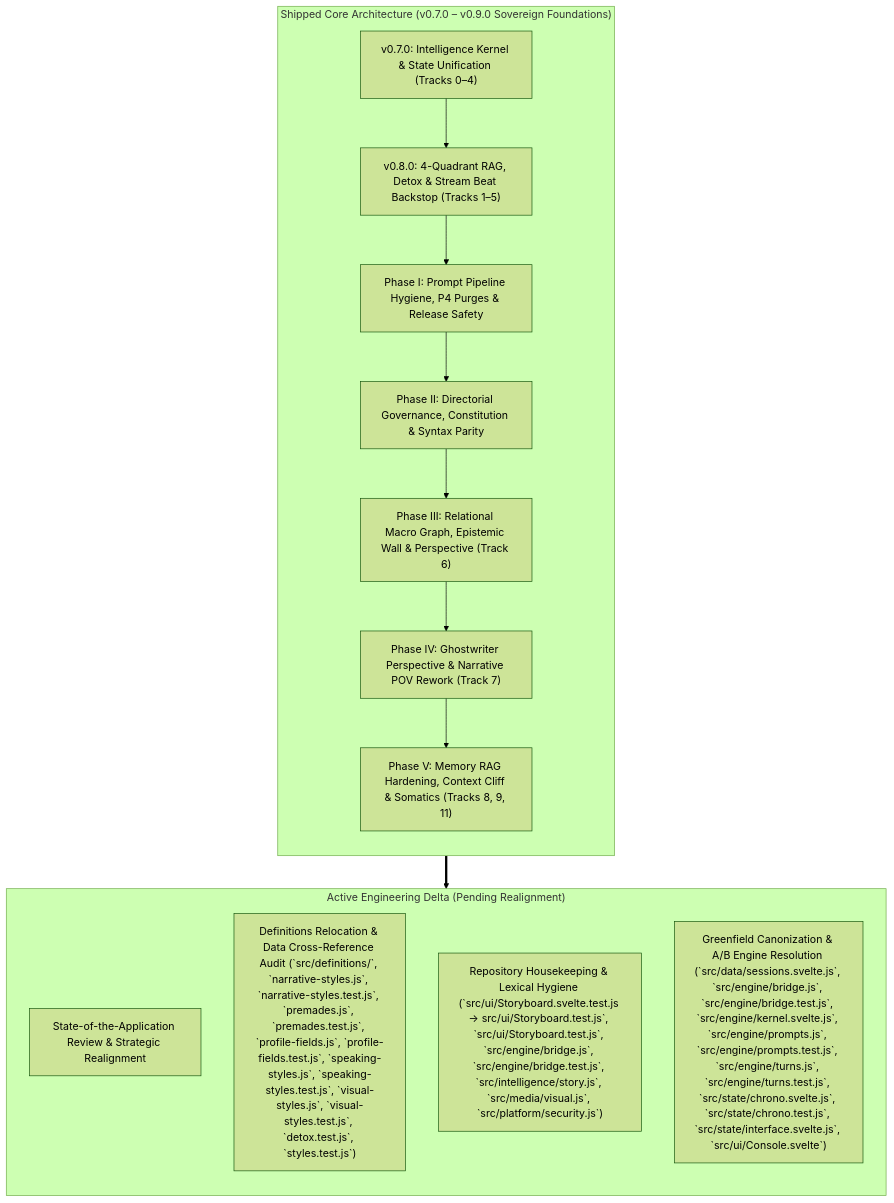
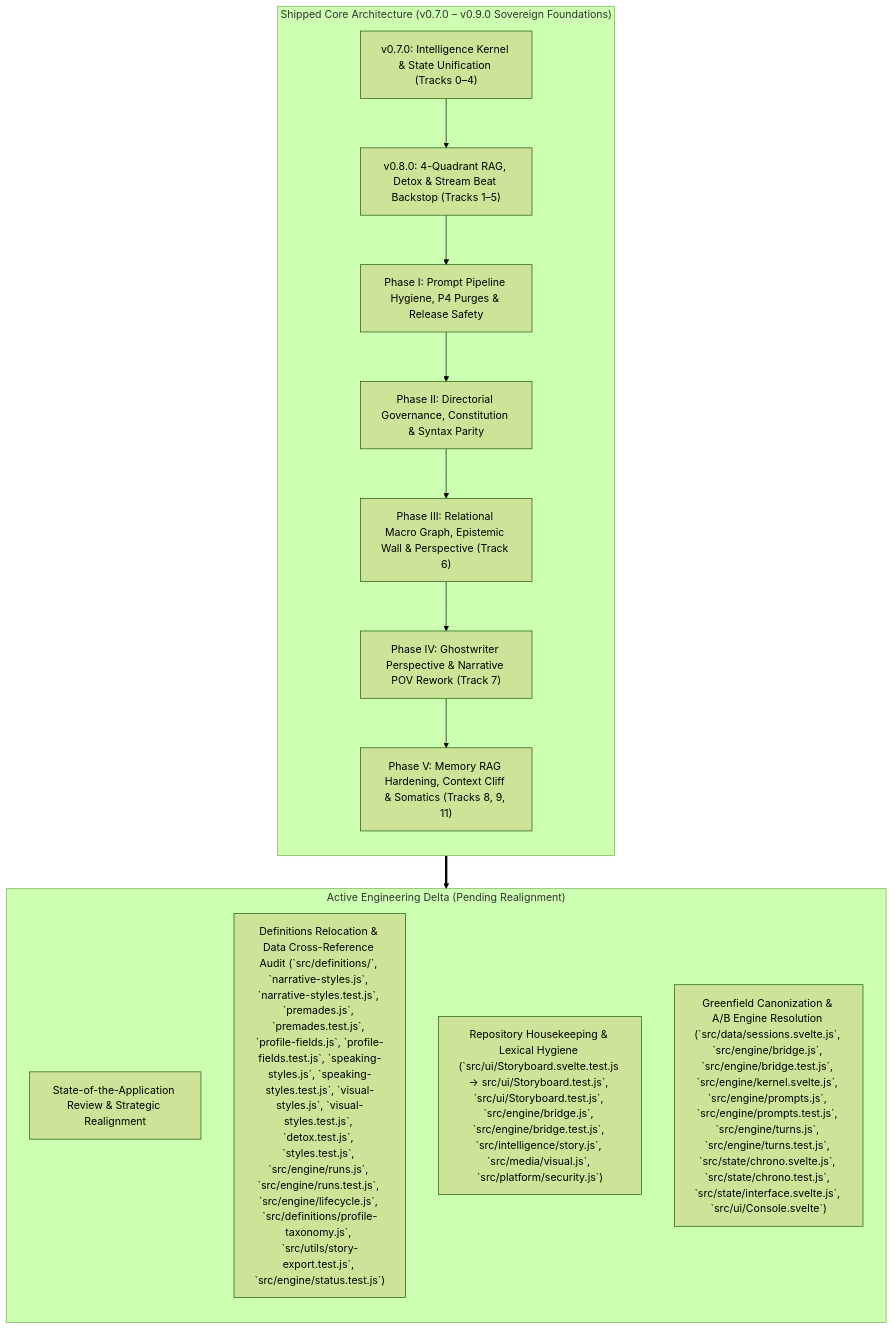
The diagram in ROADMAP.md (JooduG/RPGlitch), drawn with Mermaid (forest theme) before and after one commit. The commit also changed 26 other files, not shown here.

````diff
--- a/ROADMAP.md
+++ b/ROADMAP.md
@@ -23,24 +23,24 @@
 ```mermaid
 flowchart TD
     subgraph ShippedCore ["Shipped Core Architecture (v0.7.0 – v0.9.0 Sovereign Foundations)"]
         direction TB
         S1["v0.7.0: Intelligence Kernel & State Unification (Tracks 0–4)"]
         S2["v0.8.0: 4-Quadrant RAG, Detox & Stream Beat Backstop (Tracks 1–5)"]
         S3["Phase I: Prompt Pipeline Hygiene, P4 Purges & Release Safety"]
         S4["Phase II: Directorial Governance, Constitution & Syntax Parity"]
         S5["Phase III: Relational Macro Graph, Epistemic Wall & Perspective (Track 6)"]
         S6["Phase IV: Ghostwriter Perspective & Narrative POV Rework (Track 7)"]
         S7["Phase V: Memory RAG Hardening, Context Cliff & Somatics (Tracks 8, 9, 11)"]
         S1 --> S2 --> S3 --> S4 --> S5 --> S6 --> S7
     end
 
     subgraph ActiveBacklog ["Active Engineering Delta (Pending Realignment)"]
         direction TB
         R1["State-of-the-Application Review & Strategic Realignment"]
-        R2["Definitions Relocation & Data Cross-Reference Audit (`src/definitions/`, `narrative-styles.js`, `narrative-styles.test.js`, `premades.js`, `premades.test.js`, `profile-fields.js`, `profile-fields.test.js`, `speaking-styles.js`, `speaking-styles.test.js`, `visual-styles.js`, `visual-styles.test.js`, `detox.test.js`, `styles.test.js`)"]
+        R2["Definitions Relocation & Data Cross-Reference Audit (`src/definitions/`, `narrative-styles.js`, `narrative-styles.test.js`, `premades.js`, `premades.test.js`, `profile-fields.js`, `profile-fields.test.js`, `speaking-styles.js`, `speaking-styles.test.js`, `visual-styles.js`, `visual-styles.test.js`, `detox.test.js`, `styles.test.js`, `src/engine/runs.js`, `src/engine/runs.test.js`, `src/engine/lifecycle.js`, `src/definitions/profile-taxonomy.js`, `src/utils/story-export.test.js`, `src/engine/status.test.js`)"]
         R3["Repository Housekeeping & Lexical Hygiene (`src/ui/Storyboard.svelte.test.js -> src/ui/Storyboard.test.js`, `src/ui/Storyboard.test.js`, `src/engine/bridge.js`, `src/engine/bridge.test.js`, `src/intelligence/story.js`, `src/media/visual.js`, `src/platform/security.js`)"]
         R4["Greenfield Canonization & A/B Engine Resolution (`src/data/sessions.svelte.js`, `src/engine/bridge.js`, `src/engine/bridge.test.js`, `src/engine/kernel.svelte.js`, `src/engine/prompts.js`, `src/engine/prompts.test.js`, `src/engine/turns.js`, `src/engine/turns.test.js`, `src/state/chrono.svelte.js`, `src/state/chrono.test.js`, `src/state/interface.svelte.js`, `src/ui/Console.svelte`)"]
     end
 
     ShippedCore ==> ActiveBacklog
 ```
````
